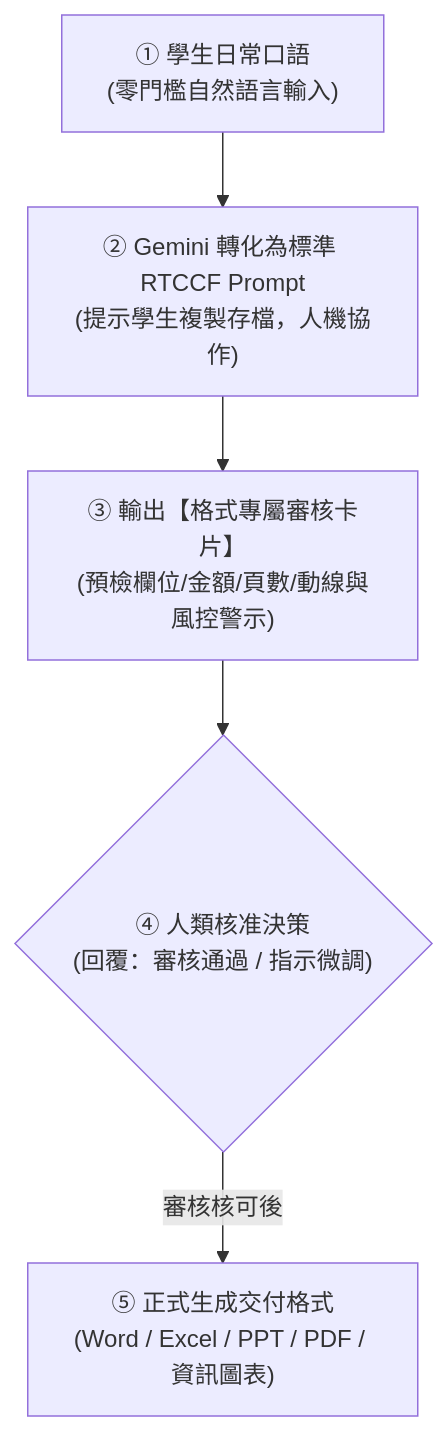
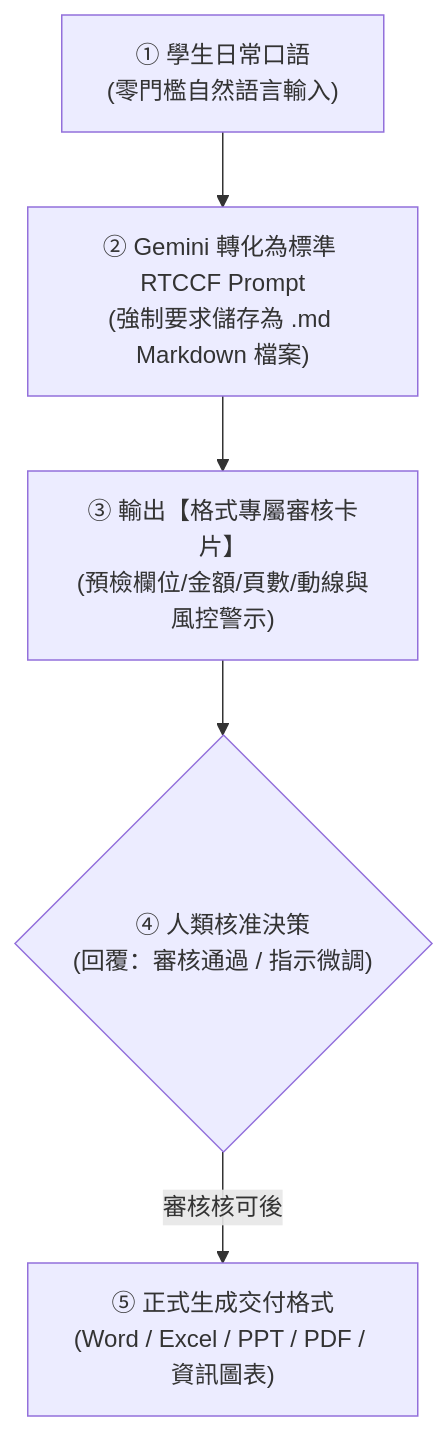
One commit to roberthsu2003/workflow-productivity changed the first of 2 diagrams in 常見的AI應用/Gemini辦公室全能應用/README.md. Above: the diagram before and after it, drawn with Mermaid. The commit also changed other lines of this file and 4 other files, not shown here.

````diff
--- a/常見的AI應用/Gemini辦公室全能應用/README.md
+++ b/常見的AI應用/Gemini辦公室全能應用/README.md
@@ -16,7 +30,7 @@
 ```mermaid
 flowchart TD
-    A["① 學生日常口語\n(零門檻自然語言輸入)"] --> B["② Gemini 轉化為標準 RTCCF Prompt\n(提示學生複製存檔，人機協作)"]
+    A["① 學生日常口語\n(零門檻自然語言輸入)"] --> B["② Gemini 轉化為標準 RTCCF Prompt\n(強制要求儲存為 .md Markdown 檔案)"]
     B --> C["③ 輸出【格式專屬審核卡片】\n(預檢欄位/金額/頁數/動線與風控警示)"]
     C --> D{"④ 人類核准決策\n(回覆：審核通過 / 指示微調)"}
     D -->|審核核可後| E["⑤ 正式生成交付格式\n(Word / Excel / PPT / PDF / 資訊圖表)"]
 ```
````
